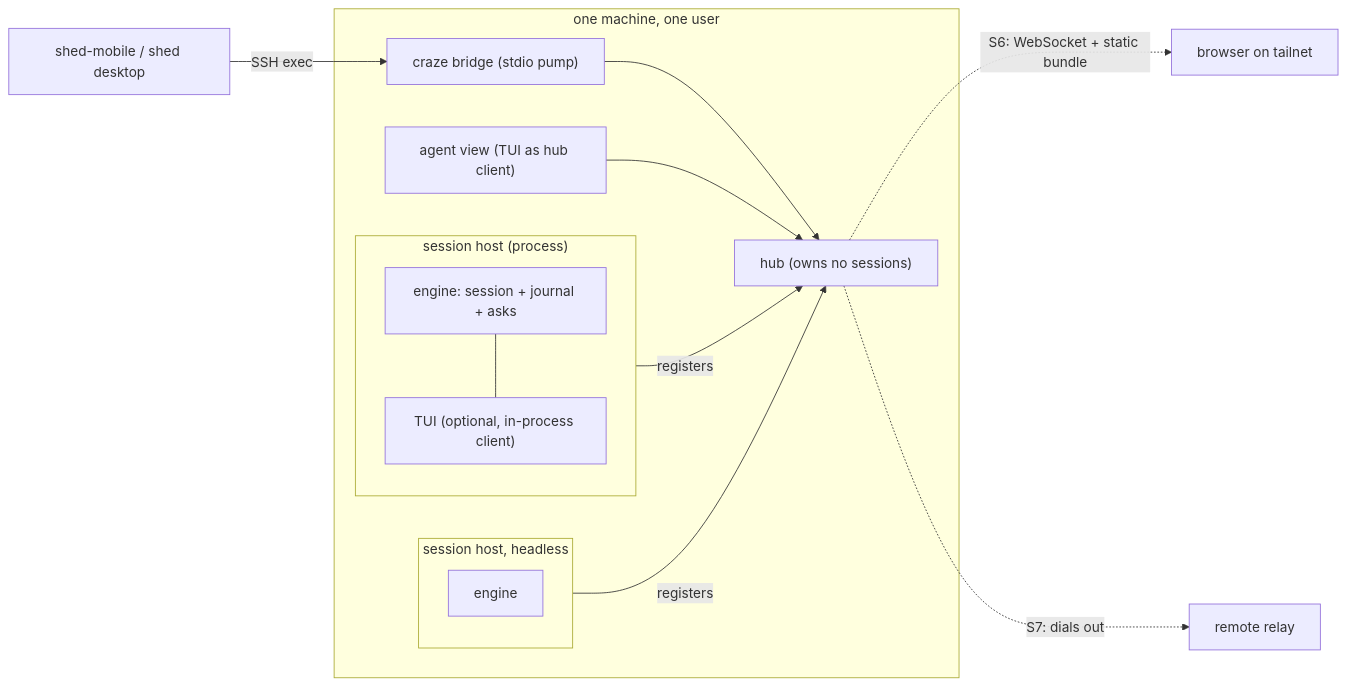
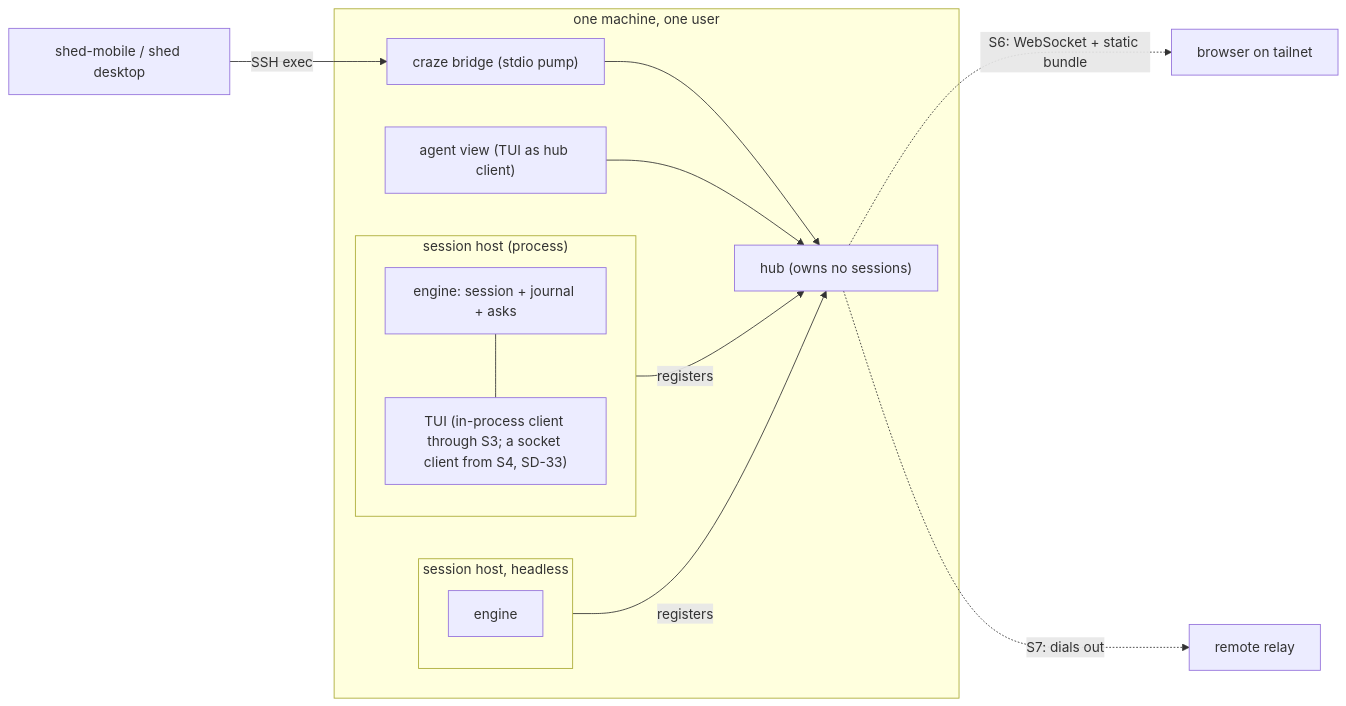
The diagram in discovery/session-control/02-architecture.md (charliek/craze), drawn with Mermaid before and after one commit. The commit also changed other lines of this file and 6 other files, not shown here.

````diff
--- a/discovery/session-control/02-architecture.md
+++ b/discovery/session-control/02-architecture.md
@@ -5,19 +5,19 @@
 ```mermaid
 flowchart LR
   subgraph machine["one machine, one user"]
     subgraph hostA["session host (process)"]
-      engA["engine: session + journal + asks"] --- tuiA["TUI (optional, in-process client)"]
+      engA["engine: session + journal + asks"] --- tuiA["TUI (in-process client through S3; a socket client from S4, SD-33)"]
     end
     subgraph hostB["session host, headless"]
       engB["engine"]
     end
     hub["hub (owns no sessions)"]
     hostA -- "registers" --> hub
     hostB -- "registers" --> hub
     bridge["craze bridge (stdio pump)"] --> hub
     view["agent view (TUI as hub client)"] --> hub
   end
   phone["shed-mobile / shed desktop"] -- "SSH exec" --> bridge
   hub -. "S6: WebSocket + static bundle" .-> web["browser on tailnet"]
   hub -. "S7: dials out" .-> relay["remote relay"]
 ```
````
